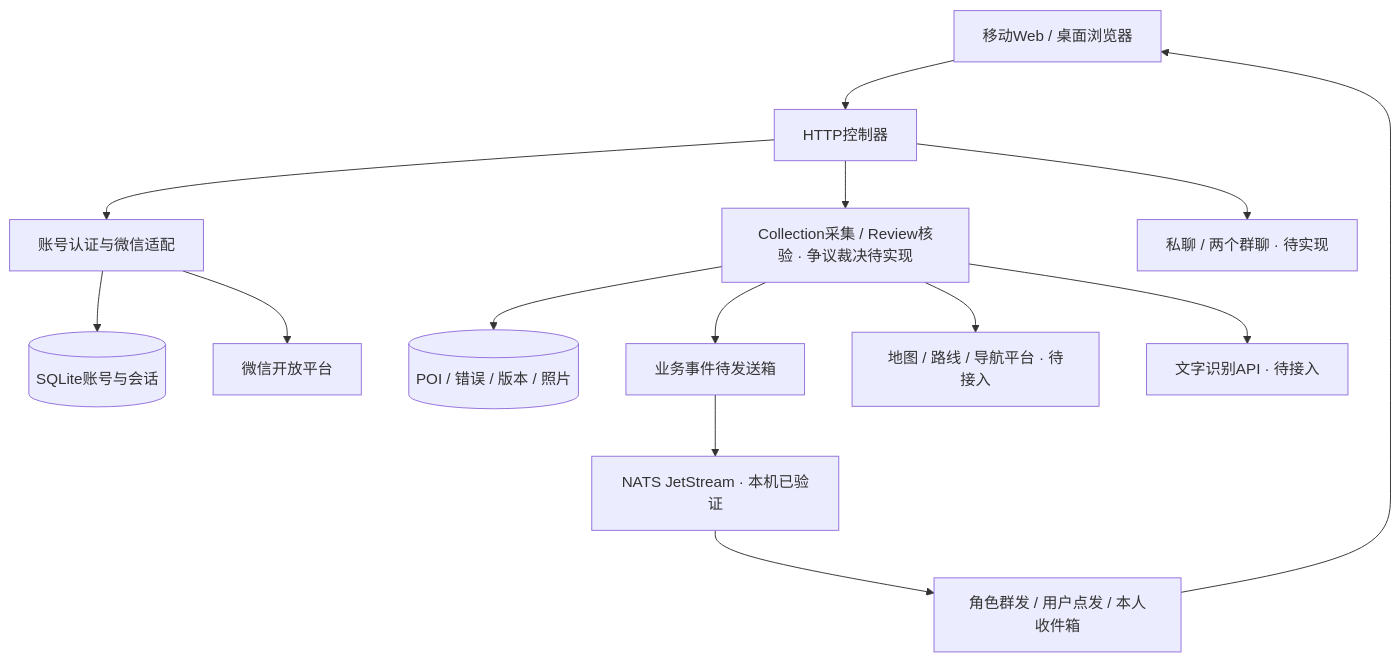
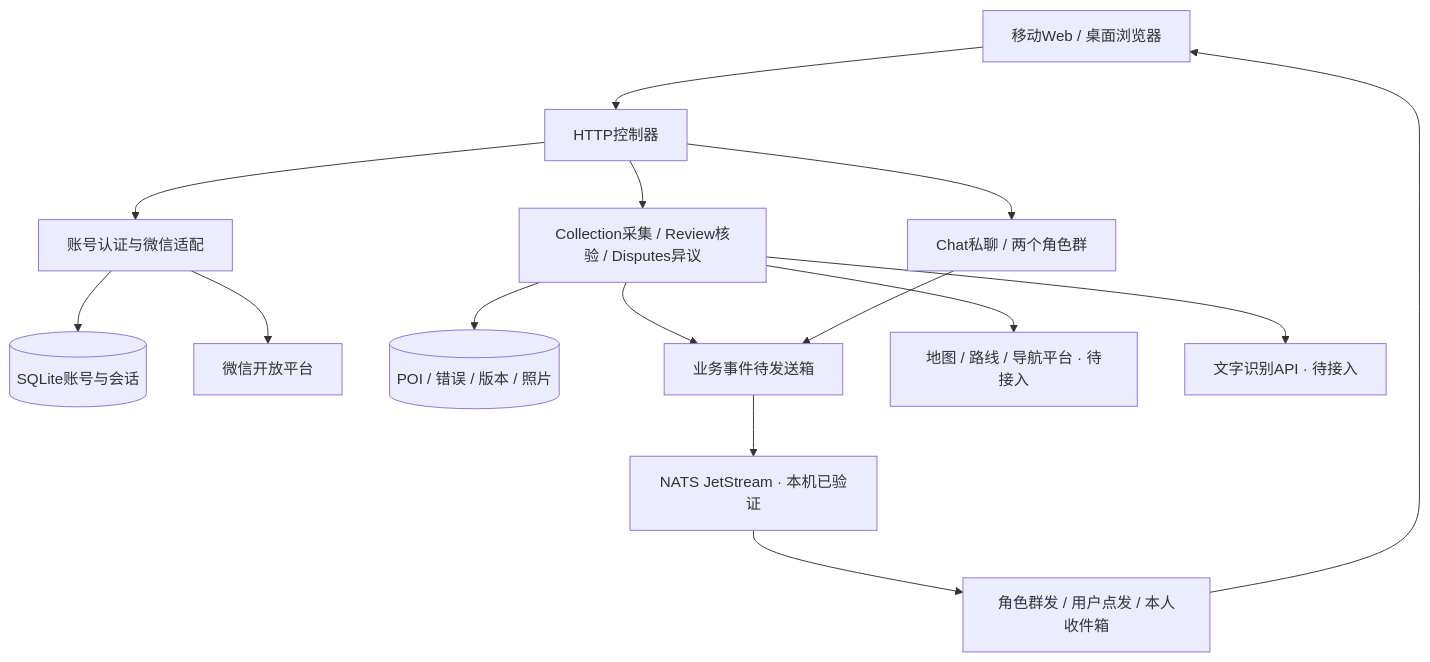
Before and after one commit to Florian-yang/mapqc-sadp-practice: the diagram in docs/architecture.md, drawn with Mermaid. The commit also changed other lines of this file and 34 other files, not shown here.

````diff
--- a/docs/architecture.md
+++ b/docs/architecture.md
@@ -5,16 +5,17 @@
 ```mermaid
 flowchart TB
   web[移动Web / 桌面浏览器] --> http[HTTP控制器]
   http --> auth[账号认证与微信适配]
-  http --> poi[Collection采集 / Review核验 · 争议裁决待实现]
-  http --> chat[私聊 / 两个群聊 · 待实现]
+  http --> poi[Collection采集 / Review核验 / Disputes异议]
+  http --> chat[Chat私聊 / 两个角色群]
   auth --> db[(SQLite账号与会话)]
   auth --> wx[微信开放平台]
   poi --> store[(POI / 错误 / 版本 / 照片)]
   poi --> outbox[业务事件待发送箱]
+  chat --> outbox
   outbox --> mq[NATS JetStream · 本机已验证]
   mq --> delivery[角色群发 / 用户点发 / 本人收件箱]
   delivery --> web
   poi --> geo[地图 / 路线 / 导航平台 · 待接入]
   poi --> ocr[文字识别API · 待接入]
 ```
````
